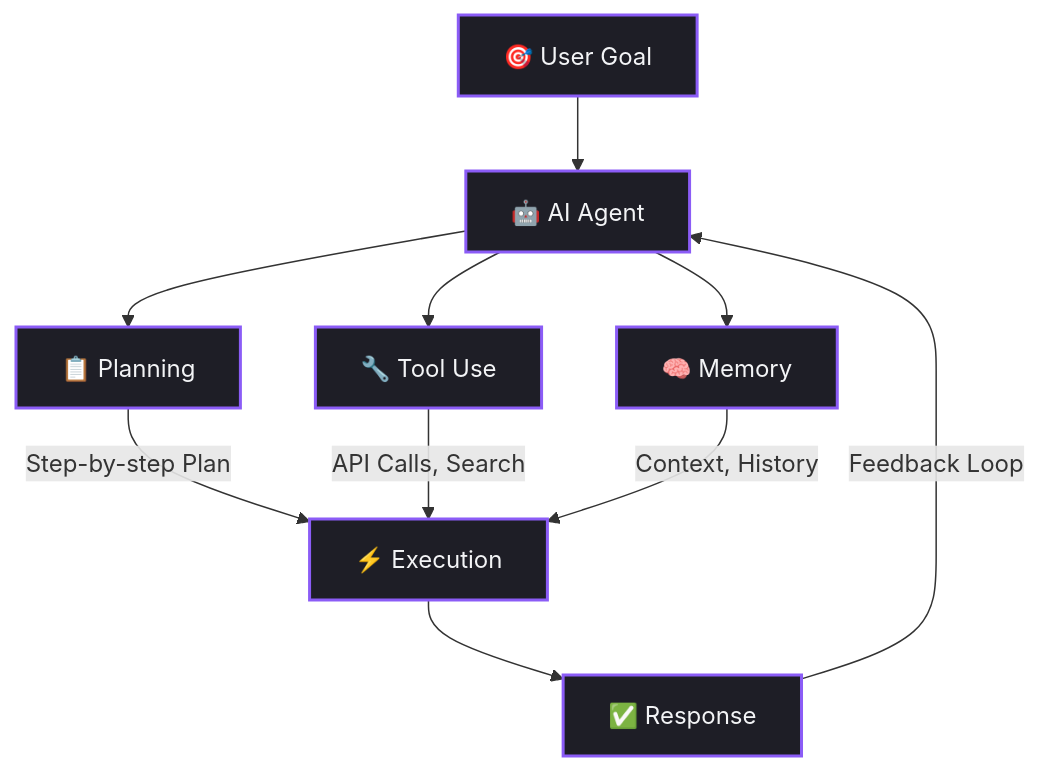
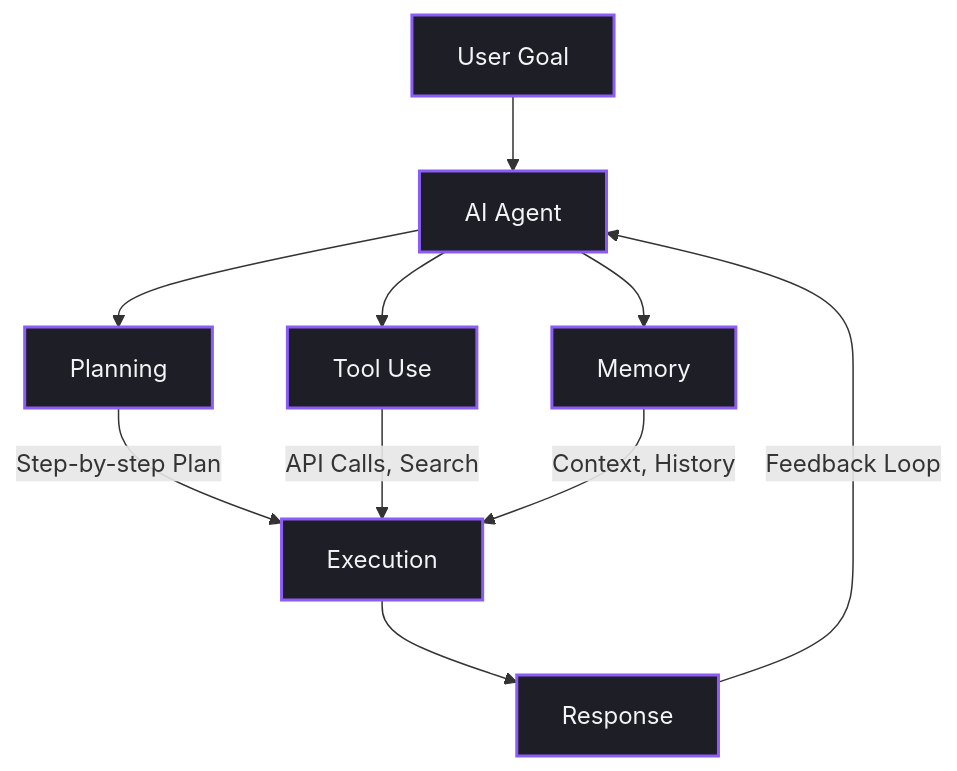
Before and after one commit to Rabetul-islam-asif/AI-Hand-Book: the third of 7 diagrams in handbook/chapter_33.md, drawn with Mermaid. The commit also changed other lines of this file and 1 other file, not shown here.

````diff
--- a/handbook/chapter_33.md
+++ b/handbook/chapter_33.md
@@ -91,14 +91,14 @@
 ```mermaid
 flowchart TD
-    A["🎯 User Goal"] --> B["🤖 AI Agent"]
-    B --> C["📋 Planning"]
-    B --> D["🔧 Tool Use"]
-    B --> E["🧠 Memory"]
-    C -->|"Step-by-step Plan"| F["⚡ Execution"]
+    A[" User Goal"] --> B[" AI Agent"]
+    B --> C[" Planning"]
+    B --> D[" Tool Use"]
+    B --> E[" Memory"]
+    C -->|"Step-by-step Plan"| F[" Execution"]
     D -->|"API Calls, Search"| F
     E -->|"Context, History"| F
-    F --> G["✅ Response"]
+    F --> G[" Response"]
     G -->|"Feedback Loop"| B
 
     classDef default fill:#1E1E26,stroke:#8B5CF6,stroke-width:2px,color:#F3F4F6;
 ```
````
